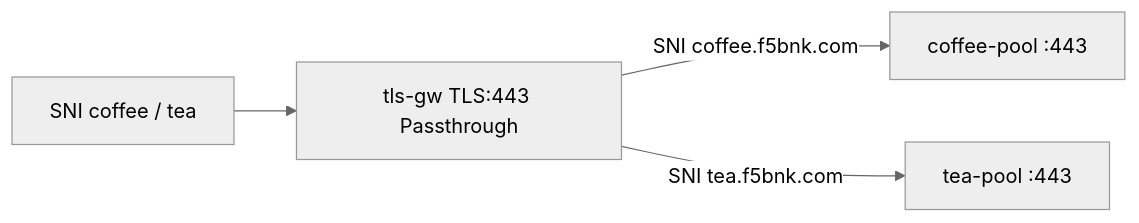
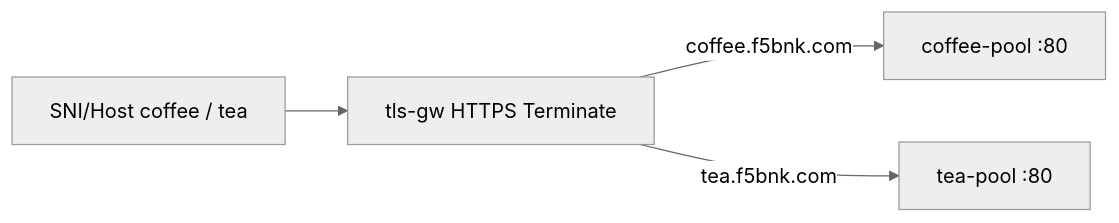
One commit to mink0119/2609_f5bnk changed the diagram in Advanced_Feature/3.3_TLSRoute_HostnameSNI/README.md. Above: the diagram before and after it, drawn with Mermaid (neutral theme). The commit also changed other lines of this file and 25 other files, not shown here.

````diff
--- a/Advanced_Feature/3.3_TLSRoute_HostnameSNI/README.md
+++ b/Advanced_Feature/3.3_TLSRoute_HostnameSNI/README.md
@@ -9,6 +8,6 @@
 ```mermaid
 flowchart LR
-  C["SNI coffee / tea"] --> GW["tls-gw TLS:443 Passthrough"]
-  GW -->|SNI coffee.f5bnk.com| P1[coffee-pool :443]
-  GW -->|SNI tea.f5bnk.com| P2[tea-pool :443]
+  C["SNI/Host coffee / tea"] --> GW["tls-gw HTTPS Terminate"]
+  GW -->|coffee.f5bnk.com| P1[coffee-pool :80]
+  GW -->|tea.f5bnk.com| P2[tea-pool :80]
 ```
````
